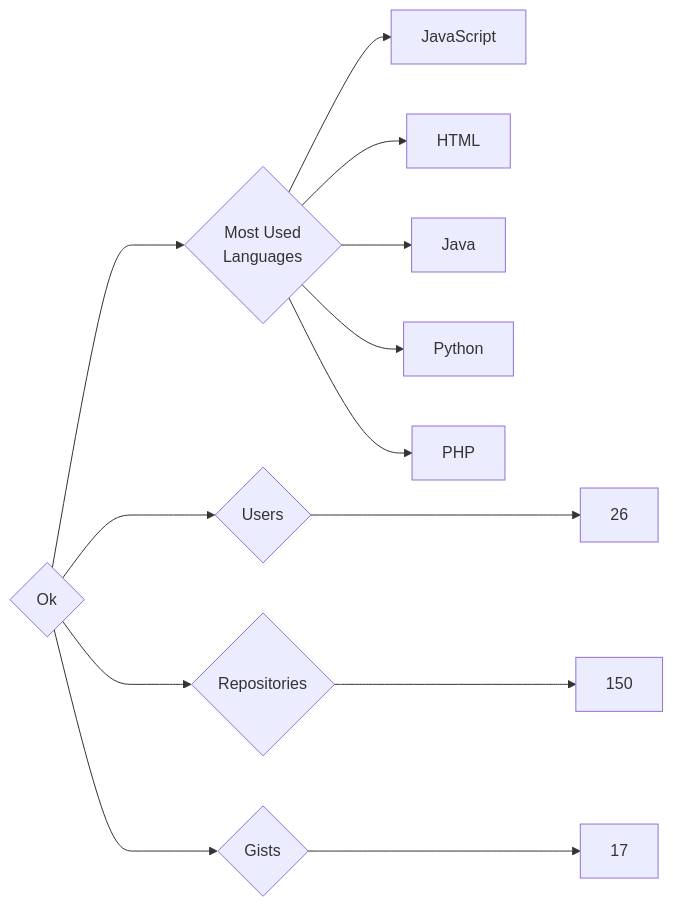
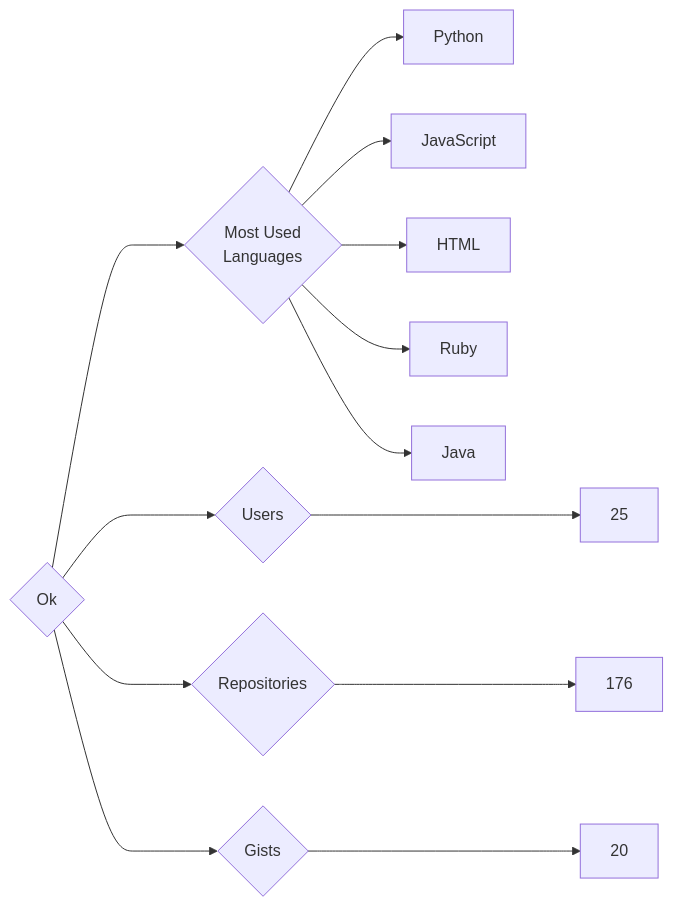
Before and after one commit to trickest/insiders: the diagram in targets/Ok/README.md, drawn with Mermaid. The commit also changed 939 other files, not shown here.

````diff
--- a/targets/Ok/README.md
+++ b/targets/Ok/README.md
@@ -3,13 +3,13 @@
 ```mermaid
 graph LR
 COMPANY_NAME{Ok}
-COMPANY_NAME ---> U{Users} ---> UN[26]
-COMPANY_NAME ---> R{Repositories} ---> RN[150]
-COMPANY_NAME ---> G{Gists} ---> GN[17]
+COMPANY_NAME ---> U{Users} ---> UN[25]
+COMPANY_NAME ---> R{Repositories} ---> RN[176]
+COMPANY_NAME ---> G{Gists} ---> GN[20]
 COMPANY_NAME ---> ML{Most Used<br>Languages}
+ML --> Python[Python]
 ML --> JavaScript[JavaScript]
 ML --> HTML[HTML]
+ML --> Ruby[Ruby]
 ML --> Java[Java]
-ML --> Python[Python]
-ML --> PHP[PHP]
 ```
````
